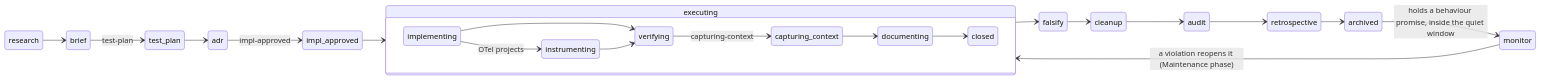
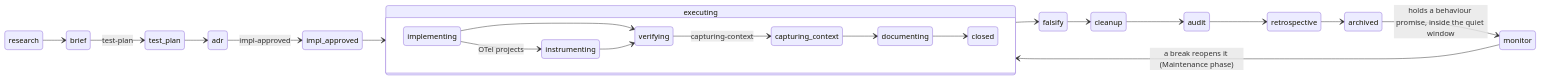
Before and after one commit to infinitedusky/indusk: the second of 3 diagrams in apps/docs/src/guide/plan-lifecycle.md, drawn with Mermaid. The commit also changed other lines of this file and 27 other files, not shown here.

````diff
--- a/apps/docs/src/guide/plan-lifecycle.md
+++ b/apps/docs/src/guide/plan-lifecycle.md
@@ -93,25 +93,25 @@
 ```mermaid
 stateDiagram-v2
     direction LR
     research --> brief
     brief --> test_plan: test-plan
     test_plan --> adr
     adr --> impl_approved: impl-approved
     impl_approved --> executing
     executing --> falsify
     falsify --> cleanup
     cleanup --> audit
     audit --> retrospective
     retrospective --> archived
     archived --> monitor: holds a behaviour promise, inside the quiet window
-    monitor --> executing: a violation reopens it (Maintenance phase)
+    monitor --> executing: a break reopens it (Maintenance phase)
     state executing {
         direction LR
         implementing --> verifying
         implementing --> instrumenting: OTel projects
         instrumenting --> verifying
         verifying --> capturing_context: capturing-context
         capturing_context --> documenting
         documenting --> closed
     }
 ```
````
